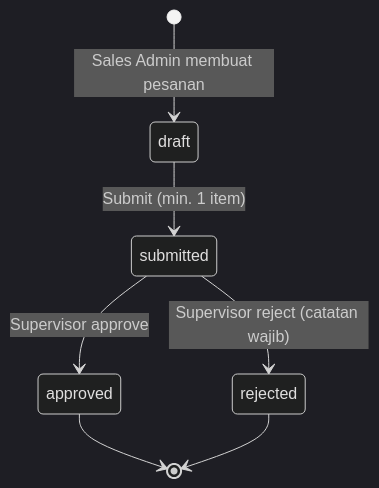
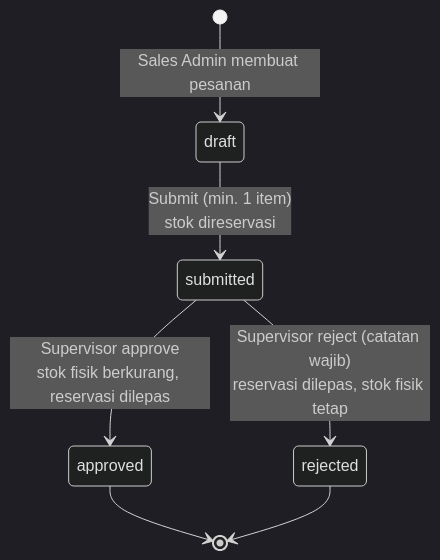
Before and after one commit to riansefriadi/training-02-project: the second of 8 diagrams in docs/design/07-diagrams.md, drawn with Mermaid (dark theme). The commit also changed other lines of this file and 9 other files, not shown here.

First line of the commit message:
docs: apply minimum business rules (reserve on submit, deduct on approve)

````diff
--- a/docs/design/07-diagrams.md
+++ b/docs/design/07-diagrams.md
@@ -42,9 +42,9 @@
 ```mermaid
 stateDiagram-v2
     [*] --> draft: Sales Admin membuat pesanan
-    draft --> submitted: Submit (min. 1 item)
-    submitted --> approved: Supervisor approve
-    submitted --> rejected: Supervisor reject (catatan wajib)
+    draft --> submitted: Submit (min. 1 item)<br/>stok direservasi
+    submitted --> approved: Supervisor approve<br/>stok fisik berkurang, reservasi dilepas
+    submitted --> rejected: Supervisor reject (catatan wajib)<br/>reservasi dilepas, stok fisik tetap
     approved --> [*]
     rejected --> [*]
 ```
````
